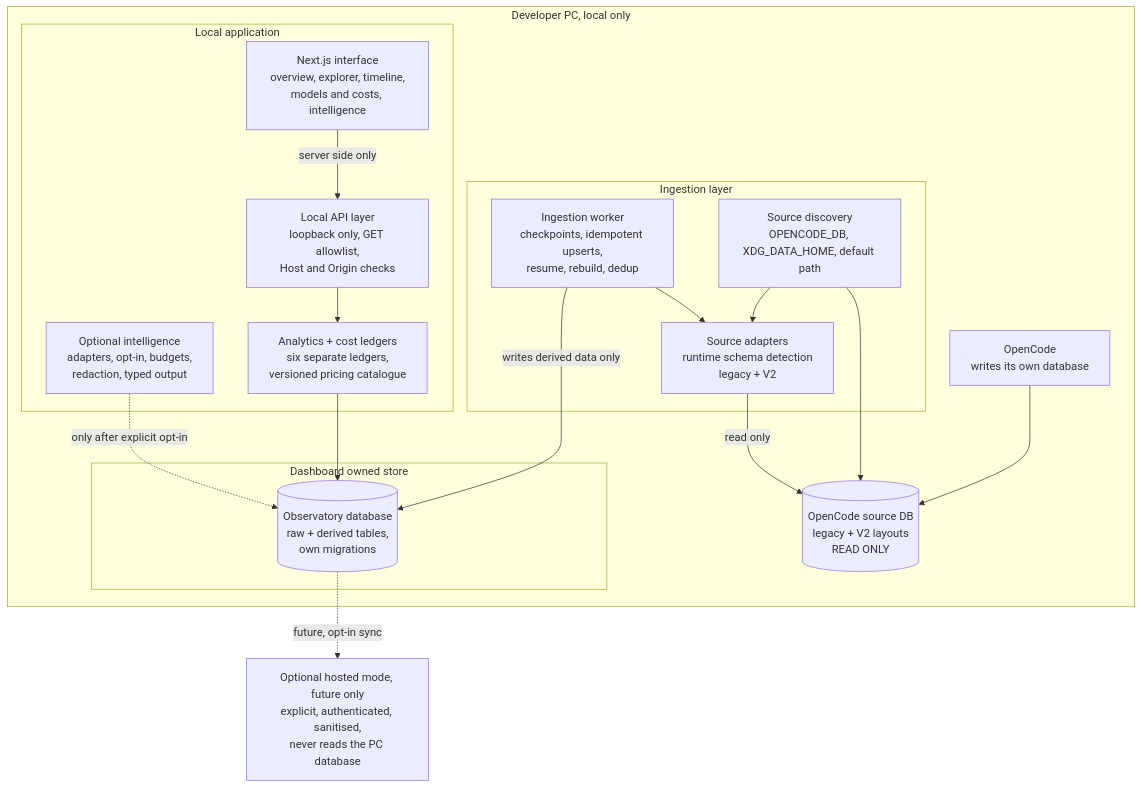
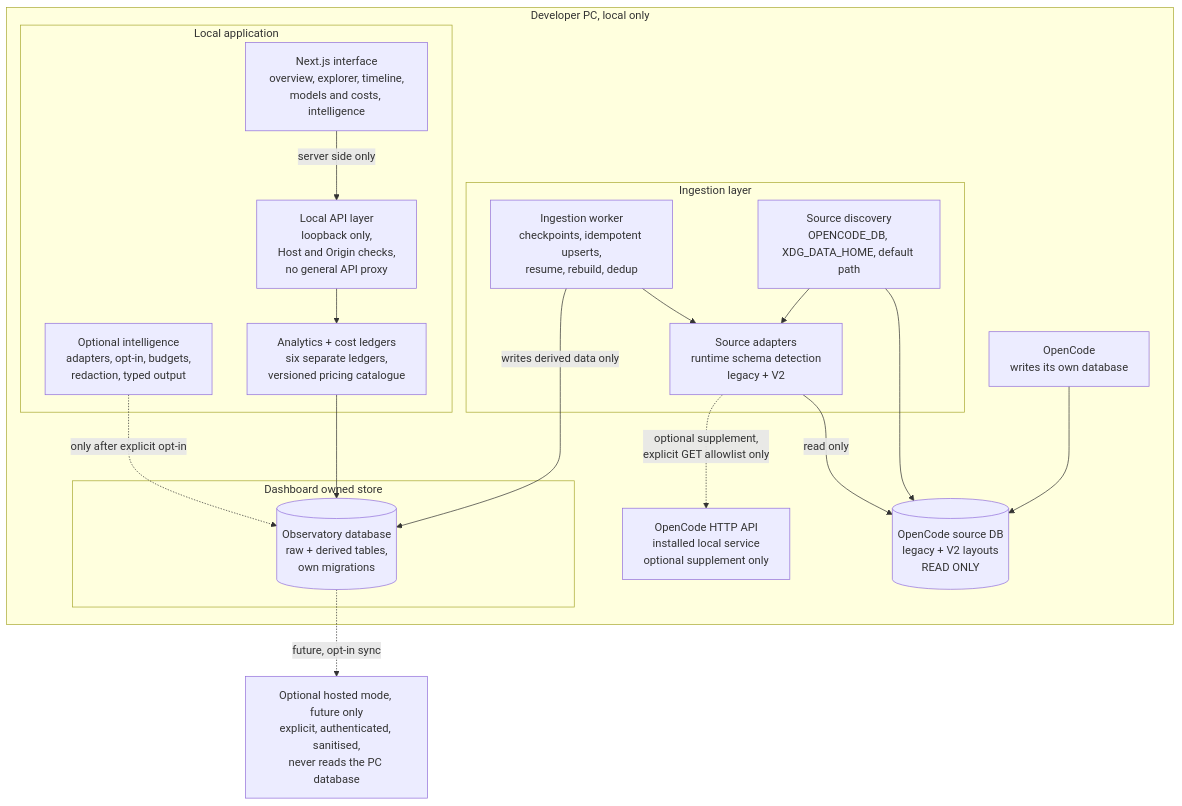
One commit to collaby-org/opencode-observatory changed the second of 2 diagrams in docs/system_diagram.md. Above: the diagram before and after it, drawn with Mermaid. The commit also changed other lines of this file and 11 other files, not shown here.

````diff
--- a/docs/system_diagram.md
+++ b/docs/system_diagram.md
@@ -25,38 +25,40 @@
 ```mermaid
 flowchart TB
   subgraph Local["Developer PC, local only"]
     OpenCode["OpenCode<br/>writes its own database"]
+    OpenCodeAPI["OpenCode HTTP API<br/>installed local service<br/>optional supplement only"]
     Source[("OpenCode source DB<br/>legacy + V2 layouts<br/>READ ONLY")]
 
     subgraph Collector["Ingestion layer"]
       Discovery["Source discovery<br/>OPENCODE_DB, XDG_DATA_HOME, default path"]
       Adapters["Source adapters<br/>runtime schema detection<br/>legacy + V2"]
       Worker["Ingestion worker<br/>checkpoints, idempotent upserts,<br/>resume, rebuild, dedup"]
     end
 
     subgraph Store["Dashboard owned store"]
       Observatory[("Observatory database<br/>raw + derived tables,<br/>own migrations")]
     end
 
     subgraph App["Local application"]
-      API["Local API layer<br/>loopback only, GET allowlist,<br/>Host and Origin checks"]
+      API["Local API layer<br/>loopback only,<br/>Host and Origin checks,<br/>no general API proxy"]
       Analytics["Analytics + cost ledgers<br/>six separate ledgers,<br/>versioned pricing catalogue"]
       UI["Next.js interface<br/>overview, explorer, timeline,<br/>models and costs, intelligence"]
       Intelligence["Optional intelligence<br/>adapters, opt-in, budgets,<br/>redaction, typed output"]
     end
   end
 
   OptionalCloud["Optional hosted mode, future only<br/>explicit, authenticated, sanitised,<br/>never reads the PC database"]
 
   OpenCode --> Source
   Discovery --> Source
   Adapters -->|read only| Source
   Discovery --> Adapters
   Worker --> Adapters
   Worker -->|writes derived data only| Observatory
+  Adapters -.->|optional supplement,<br/>explicit GET allowlist only| OpenCodeAPI
   Analytics --> Observatory
   API --> Analytics
   UI -->|server side only| API
   Intelligence -.->|only after explicit opt-in| Observatory
   Observatory -.->|future, opt-in sync| OptionalCloud
 ```
````
